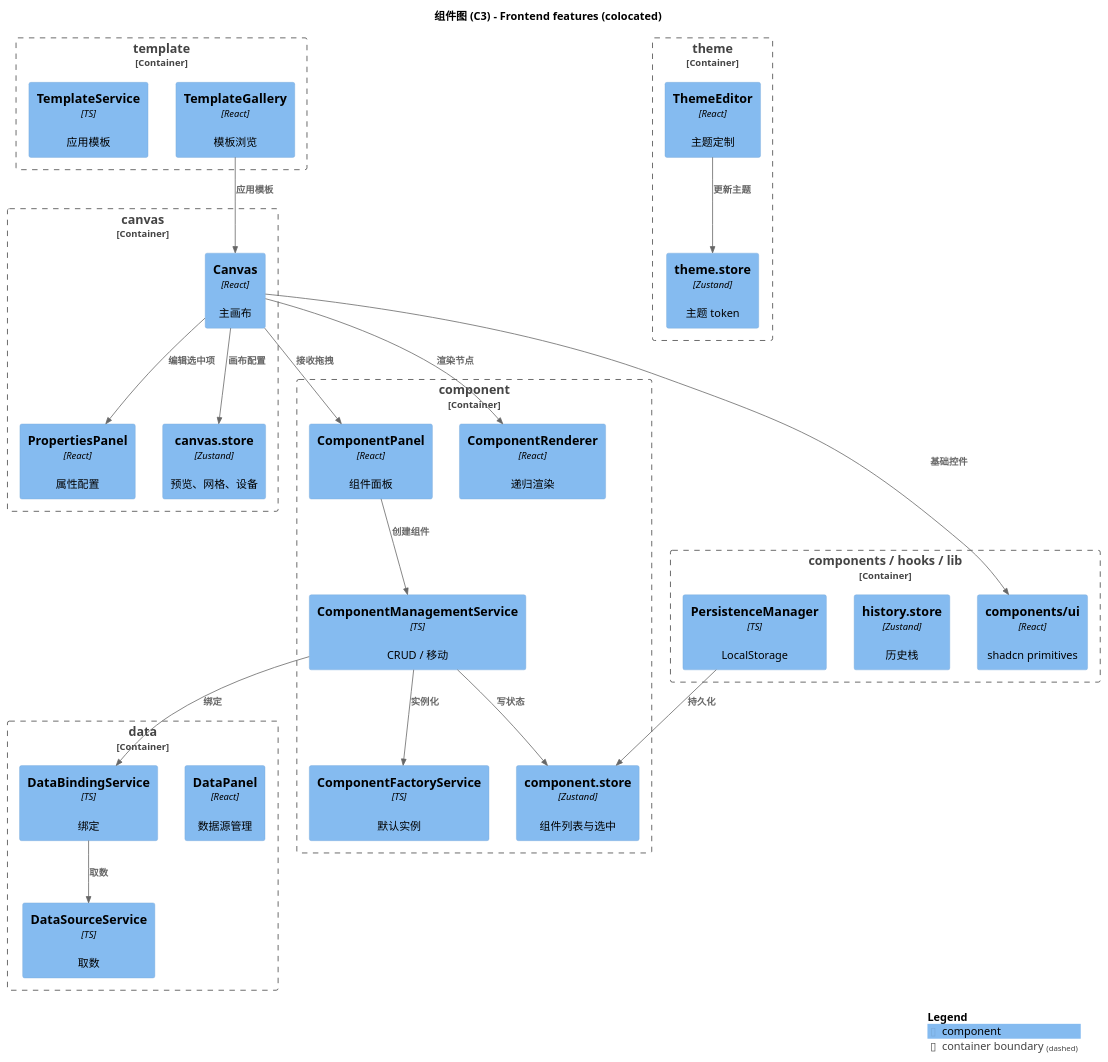
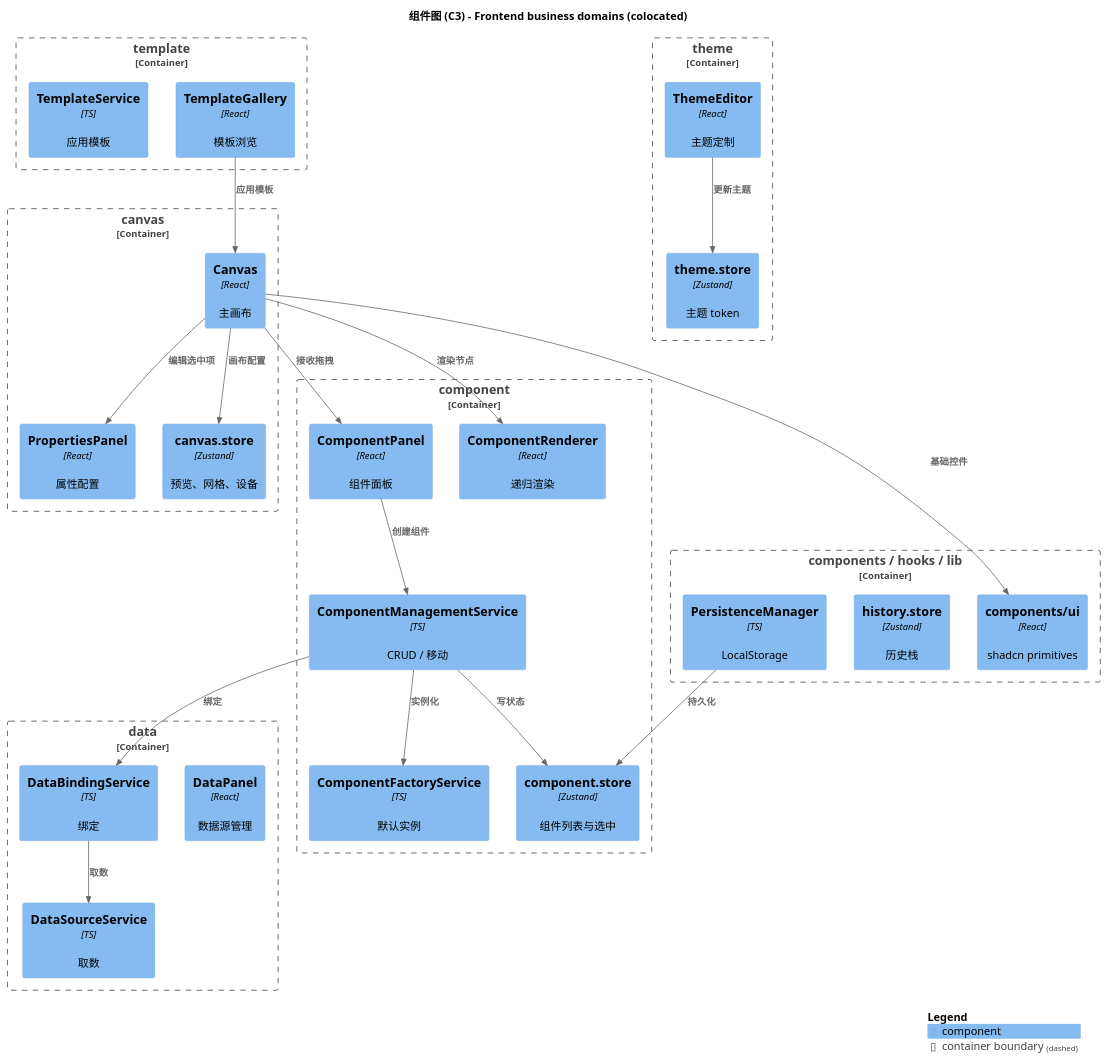
One commit to felixzhu97/low-code-platform changed the diagram in docs/developer/c4-model/C3-Component-Frontend.puml. Above: the diagram before and after it, drawn with PlantUML. The commit also changed 12 other files, not shown here.

First line of the commit message:
docs: rename architecture term from feature to business domain

```diff
--- a/docs/developer/c4-model/C3-Component-Frontend.puml
+++ b/docs/developer/c4-model/C3-Component-Frontend.puml
@@ -1,59 +1,59 @@
 @startuml C3-Component-Frontend
 !include https://raw.githubusercontent.com/plantuml-stdlib/C4-PlantUML/master/C4_Component.puml
 
 LAYOUT_WITH_LEGEND()
 
-title 组件图 (C3) - Frontend features (colocated)
+title 组件图 (C3) - Frontend business domains (colocated)
 
 Container_Boundary(canvasB, "canvas") {
     Component(canvas, "Canvas", "React", "主画布")
     Component(propsPanel, "PropertiesPanel", "React", "属性配置")
     Component(canvasStore, "canvas.store", "Zustand", "预览、网格、设备")
 }
 
 Container_Boundary(componentB, "component") {
     Component(panel, "ComponentPanel", "React", "组件面板")
     Component(renderer, "ComponentRenderer", "React", "递归渲染")
     Component(compMgmt, "ComponentManagementService", "TS", "CRUD / 移动")
     Component(factory, "ComponentFactoryService", "TS", "默认实例")
     Component(compStore, "component.store", "Zustand", "组件列表与选中")
 }
 
 Container_Boundary(templateB, "template") {
     Component(templates, "TemplateGallery", "React", "模板浏览")
     Component(templateSvc, "TemplateService", "TS", "应用模板")
 }
 
 Container_Boundary(themeB, "theme") {
     Component(themeEditor, "ThemeEditor", "React", "主题定制")
     Component(themeStore, "theme.store", "Zustand", "主题 token")
 }
 
 Container_Boundary(dataB, "data") {
     Component(dataPanel, "DataPanel", "React", "数据源管理")
     Component(dataBinding, "DataBindingService", "TS", "绑定")
     Component(dataSource, "DataSourceService", "TS", "取数")
 }
 
 Container_Boundary(sharedB, "components / hooks / lib") {
     Component(uiKit, "components/ui", "React", "shadcn primitives")
     Component(historyStore, "history.store", "Zustand", "历史栈")
     Component(persistence, "PersistenceManager", "TS", "LocalStorage")
 }
 
 Rel(canvas, renderer, "渲染节点")
 Rel(canvas, panel, "接收拖拽")
 Rel(canvas, propsPanel, "编辑选中项")
 Rel(templates, canvas, "应用模板")
 Rel(themeEditor, themeStore, "更新主题")
 Rel(panel, compMgmt, "创建组件")
 Rel(compMgmt, factory, "实例化")
 Rel(compMgmt, dataBinding, "绑定")
 Rel(dataBinding, dataSource, "取数")
 Rel(compMgmt, compStore, "写状态")
 Rel(canvas, canvasStore, "画布配置")
 Rel(persistence, compStore, "持久化")
 Rel(canvas, uiKit, "基础控件")
 
 SHOW_LEGEND()
 @enduml
```
